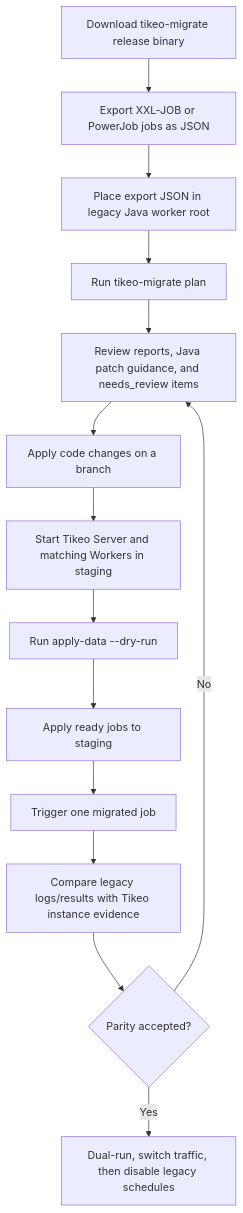
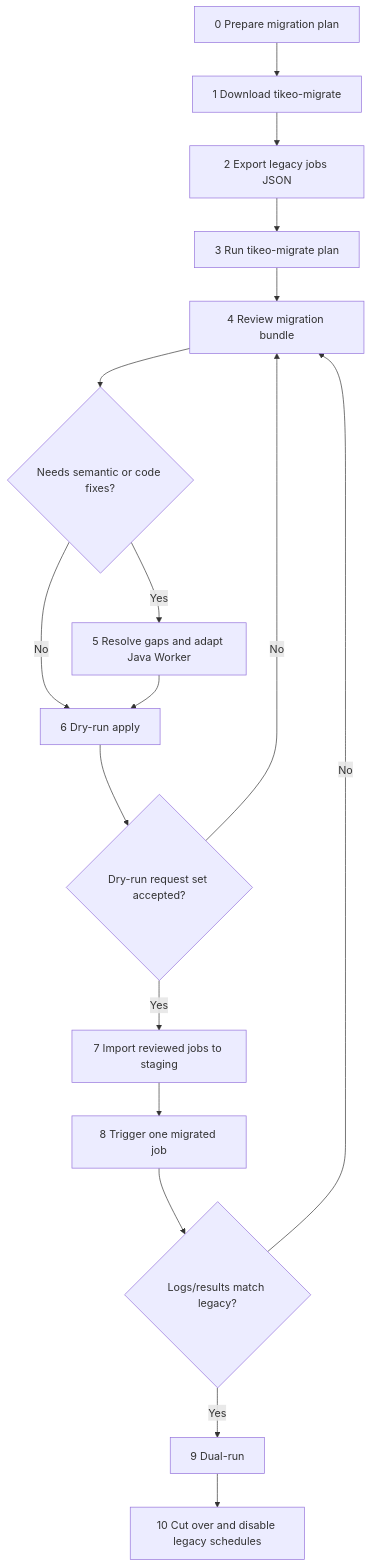
One commit to yhyzgn/tikeo changed the diagram in docs/docs/integrations/migrating-from-legacy-schedulers.md. Above: the diagram before and after it, drawn with Mermaid. The commit also changed other lines of this file and 7 other files, not shown here.

Commit message:
Refine migration guide and apply command

````diff
--- a/docs/docs/integrations/migrating-from-legacy-schedulers.md
+++ b/docs/docs/integrations/migrating-from-legacy-schedulers.md
@@ -29,16 +30,19 @@
 ```mermaid
 flowchart TD
-  A[Download tikeo-migrate release binary] --> B[Export XXL-JOB or PowerJob jobs as JSON]
-  B --> C[Place export JSON in legacy Java worker root]
-  C --> D[Run tikeo-migrate plan]
-  D --> E[Review reports, Java patch guidance, and needs_review items]
-  E --> F[Apply code changes on a branch]
-  F --> G[Start Tikeo Server and matching Workers in staging]
-  G --> H[Run apply-data --dry-run]
-  H --> I[Apply ready jobs to staging]
-  I --> J[Trigger one migrated job]
-  J --> K[Compare legacy logs/results with Tikeo instance evidence]
-  K --> L{Parity accepted?}
+  A[0 Prepare migration plan] --> B[1 Download tikeo-migrate]
+  B --> C[2 Export legacy jobs JSON]
+  C --> D[3 Run tikeo-migrate plan]
+  D --> E[4 Review migration bundle]
+  E --> F{Needs semantic or code fixes?}
+  F -- Yes --> G[5 Resolve gaps and adapt Java Worker]
+  F -- No --> H[6 Dry-run apply]
+  G --> H
+  H --> I{Dry-run request set accepted?}
+  I -- No --> E
+  I -- Yes --> J[7 Import reviewed jobs to staging]
+  J --> K[8 Trigger one migrated job]
+  K --> L{Logs/results match legacy?}
   L -- No --> E
-  L -- Yes --> M[Dual-run, switch traffic, then disable legacy schedules]
+  L -- Yes --> M[9 Dual-run]
+  M --> N[10 Cut over and disable legacy schedules]
 ```
````
